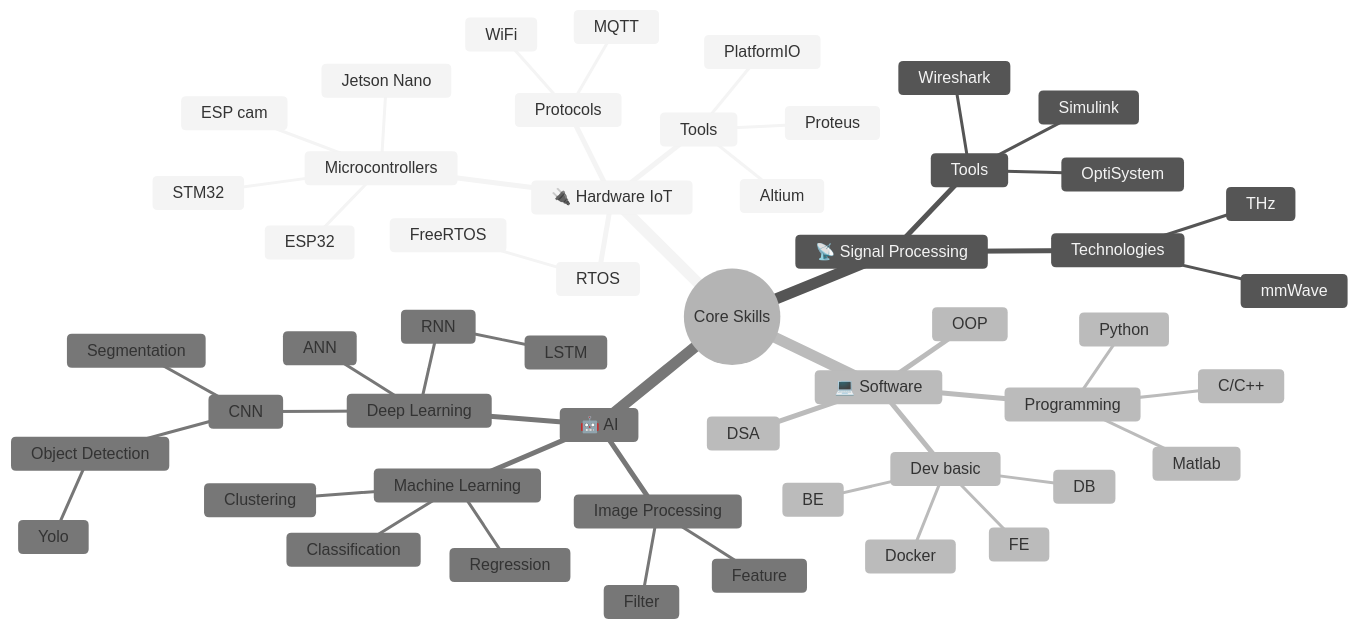
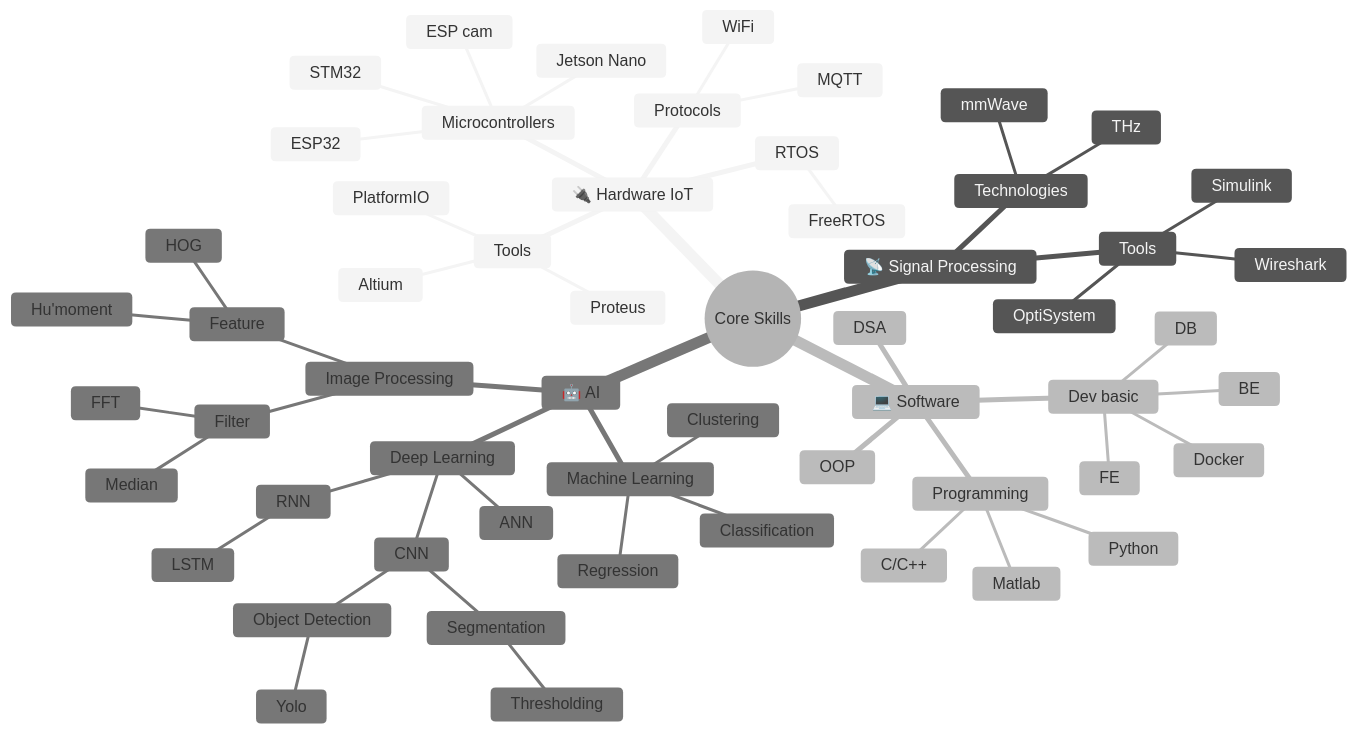
Before and after one commit to bathanh0309/bathanh0309: the diagram in README.md, drawn with Mermaid (neutral theme).

````diff
--- a/README.md
+++ b/README.md
@@ -140,55 +140,60 @@
 ```mermaid
 mindmap
   root((Core Skills))
     🔌 Hardware IoT
       Microcontrollers
         ESP32
         STM32
         ESP cam
         Jetson Nano
       RTOS
         FreeRTOS
       Protocols
         MQTT
         WiFi
       Tools
         PlatformIO
         Proteus
         Altium
     📡 Signal Processing
       Technologies
         mmWave
         THz
       Tools
         Simulink
         OptiSystem
         Wireshark
     💻 Software
       Dev basic
         FE
         BE
         DB
         Docker
       OOP
       DSA
       Programming
         C/C++
         Python
         Matlab
     🤖 AI 
       Machine Learning
         Classification
         Regression
         Clustering
       Deep Learning
         ANN
         CNN
           Segmentation
+            Thresholding
           Object Detection
             Yolo
         RNN
           LSTM
       Image Processing
         Feature
+          HOG
+          Hu'moment
         Filter
+          FFT
+          Median
 ```
````
